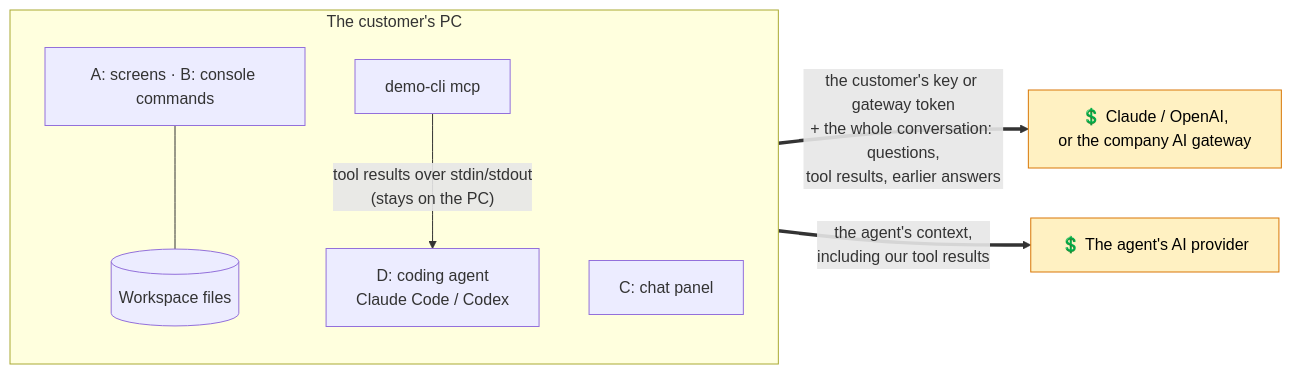
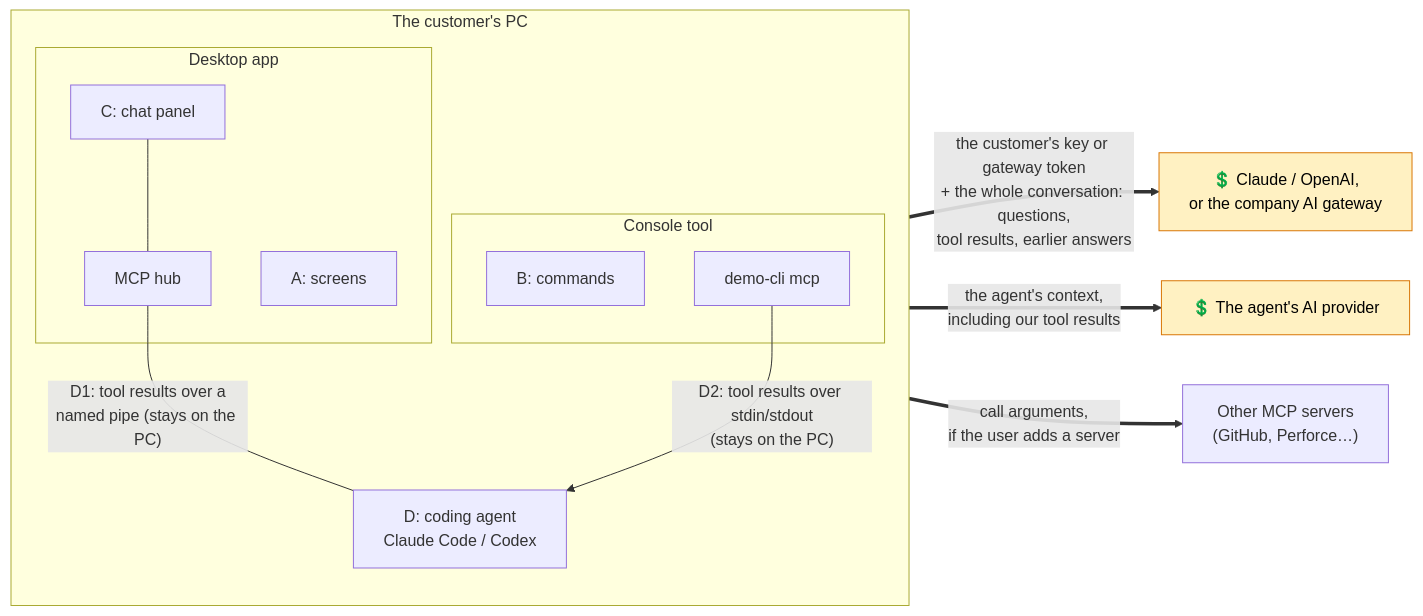
The diagram in docs/security.md (RelentlessOldMan/ChatbotAddonDemo), drawn with Mermaid before and after one commit. The commit also changed other lines of this file and 74 other files, not shown here.

First line of the commit message:
Add an MCP hub to the desktop app: one door for the chat, coding agents and other MCP servers

````diff
--- a/docs/security.md
+++ b/docs/security.md
@@ -47,21 +67,29 @@
 ```mermaid
 flowchart LR
     subgraph pc["The customer's PC"]
         direction TB
-        ab["A: screens · B: console commands"]
-        chat["C: chat panel"]
-        mcp["demo-cli mcp"]
+        subgraph desktop["Desktop app"]
+            a["A: screens"]
+            chat["C: chat panel"]
+            hub["MCP hub"]
+        end
+        subgraph cli["Console tool"]
+            b["B: commands"]
+            mcp["demo-cli mcp"]
+        end
         agent["D: coding agent<br/>Claude Code / Codex"]
-        ws[("Workspace files")]
     end
     prov["💲 Claude / OpenAI,<br/>or the company AI gateway"]
     agentprov["💲 The agent's AI provider"]
+    outside["Other MCP servers<br/>(GitHub, Perforce…)"]
 
-    ab --- ws
+    chat --- hub
     chat == "the customer's key or gateway token<br/>+ the whole conversation: questions,<br/>tool results, earlier answers" ==> prov
-    mcp -- "tool results over stdin/stdout<br/>(stays on the PC)" --> agent
+    hub -- "D1: tool results over a<br/>named pipe (stays on the PC)" --- agent
+    mcp -- "D2: tool results over stdin/stdout<br/>(stays on the PC)" --> agent
     agent == "the agent's context,<br/>including our tool results" ==> agentprov
+    hub == "call arguments,<br/>if the user adds a server" ==> outside
 
     classDef paid fill:#fff1c2,stroke:#d97706,color:#000
     class prov,agentprov paid
 ```
````
